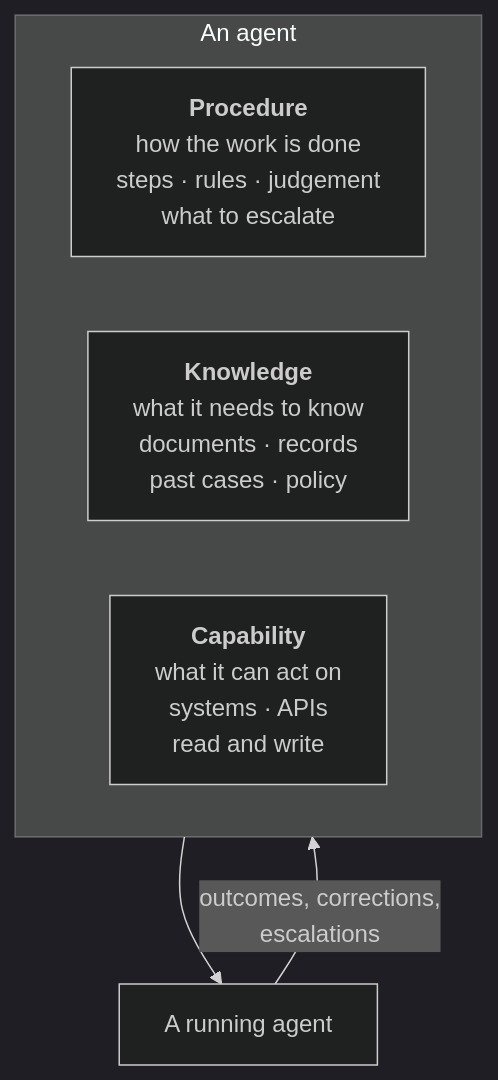
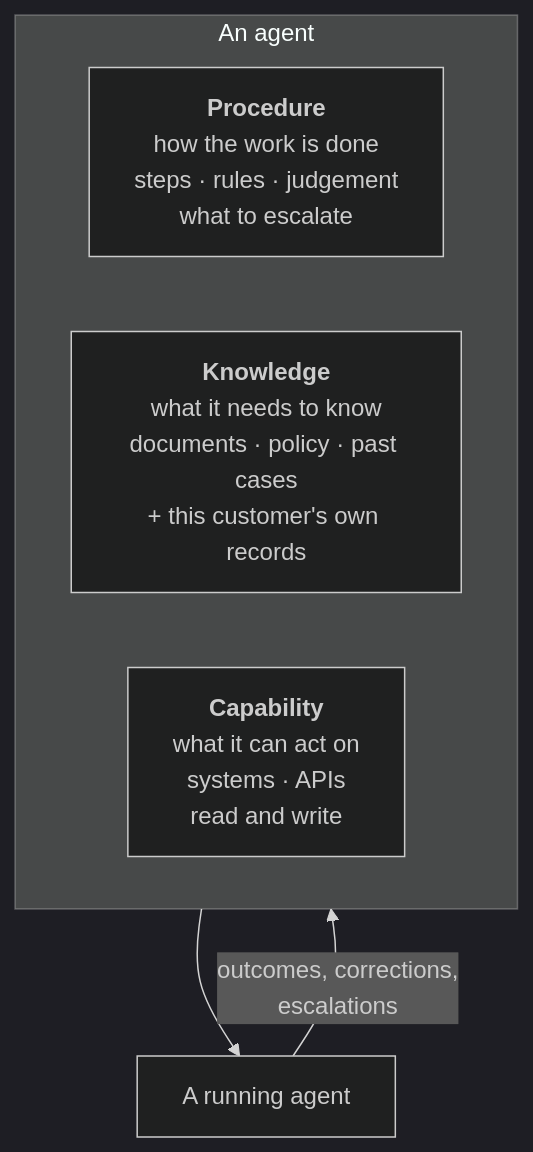
One commit to swapnilaswale9822/applied-ai-architecture changed the first of 2 diagrams in platform/README.md. Above: the diagram before and after it, drawn with Mermaid (dark theme). The commit also changed other lines of this file, not shown here.

First line of the commit message:
Widen the knowledge dimension to cover structured tenant records

````diff
--- a/platform/README.md
+++ b/platform/README.md
@@ -39,11 +39,11 @@
 ```mermaid
 flowchart TB
     subgraph AGENT["An agent"]
         direction LR
         P["<b>Procedure</b><br/>how the work is done<br/>steps · rules · judgement<br/>what to escalate"]
-        K["<b>Knowledge</b><br/>what it needs to know<br/>documents · records<br/>past cases · policy"]
+        K["<b>Knowledge</b><br/>what it needs to know<br/>documents · policy · past cases<br/>+ this customer's own records"]
         C["<b>Capability</b><br/>what it can act on<br/>systems · APIs<br/>read and write"]
     end
     AGENT --> RUN["A running agent"]
     RUN -->|"outcomes, corrections,<br/>escalations"| AGENT
 ```
````
